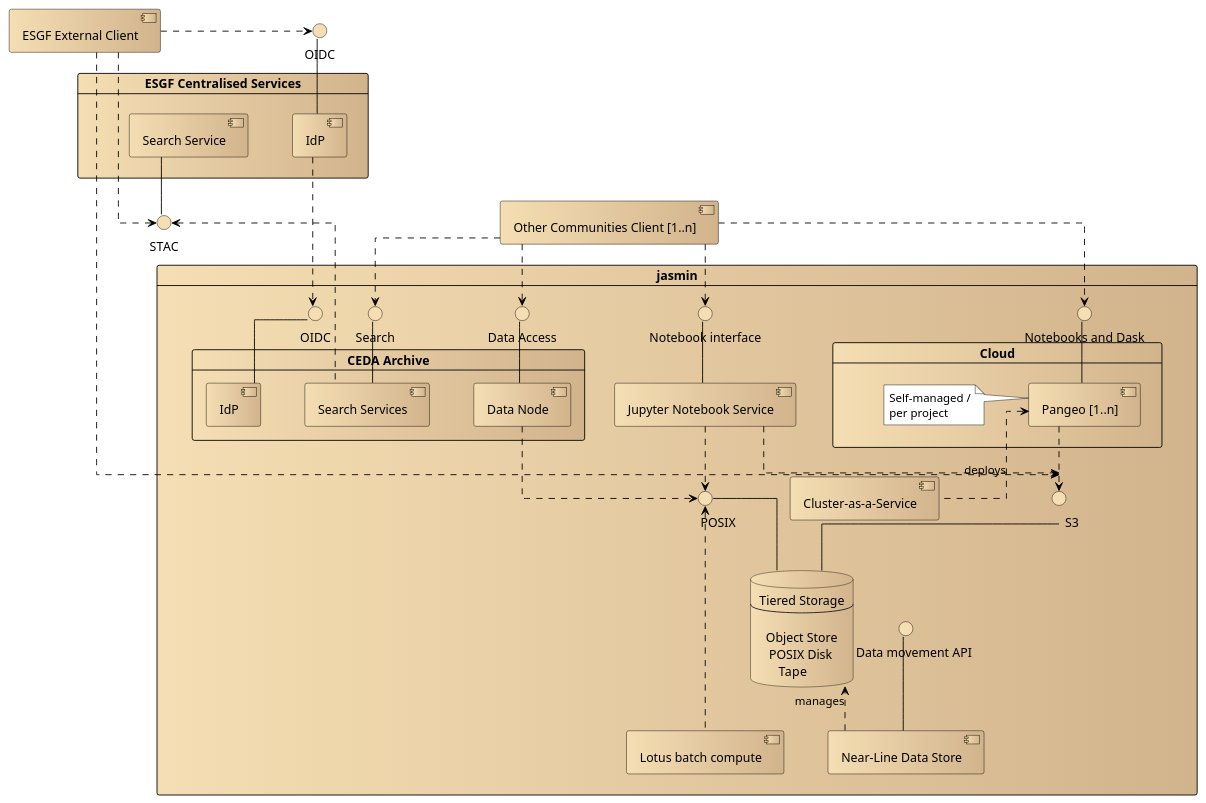
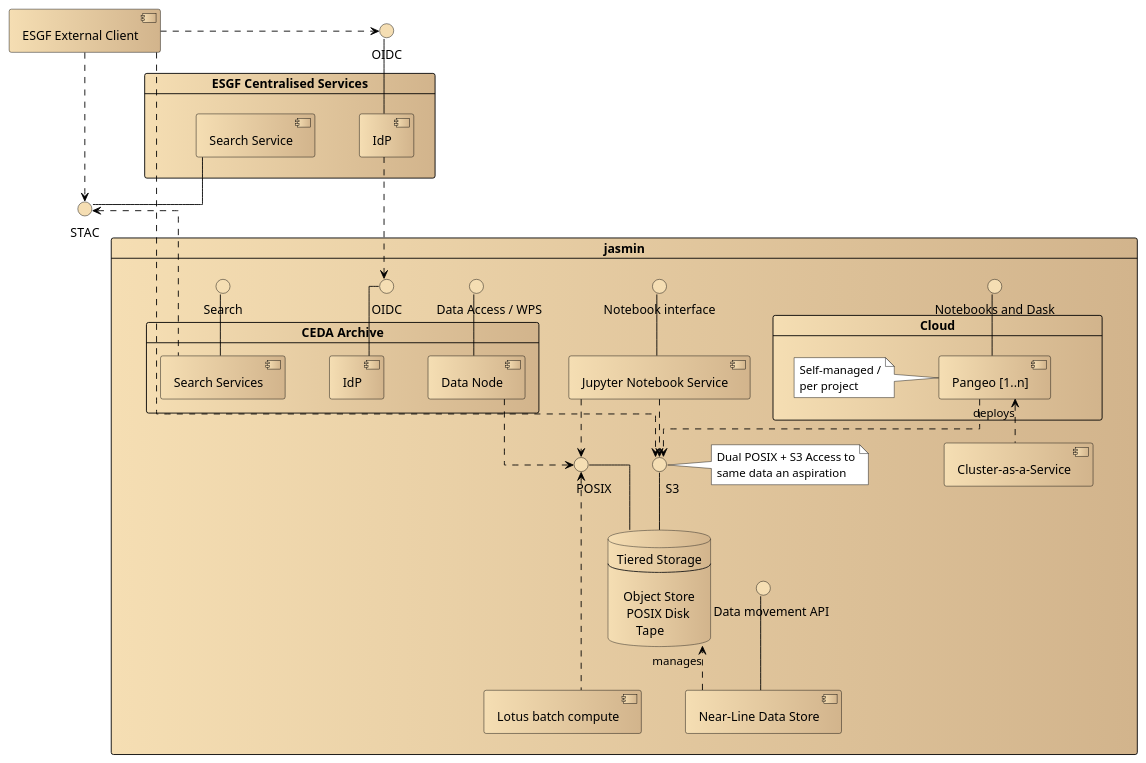
Before and after one commit to cedadev/ESGF-Architecture: the diagram in plantuml/ri_perspectives_ceda.pu, drawn with PlantUML.

Commit message:
Minor tweaks

```diff
--- a/plantuml/ri_perspectives_ceda.pu
+++ b/plantuml/ri_perspectives_ceda.pu
@@ -1,160 +1,163 @@
 @startuml RiPerspectiveCEDA
 
 ' Set a style similar to Enterprise Architect
 skinparam ranksep 50
 skinparam nodesep 50
 skinparam card {
   BorderColor black
   BackgroundColor wheat|Tan
 }
 skinparam component {
   BorderColor black
   BackgroundColor wheat|Tan
 }
 
 skinparam database {
     BackgroundColor wheat|Tan
 }
 skinparam interface {
     BorderColor black
     BackgroundColor wheat
 }
 skinparam note {
     BorderColor black
     BackgroundColor white
 }
 skinparam ArrowColor black
 ' This setting alone completely compacts and tidies the diagram!!
 skinparam linetype ortho
 
 component "ESGF External Client" as esgfExtClnt
-component "Other Communities Client [1..n]" as otherExtClnt
+' Show another client
+' component "Other Communities Client [1..n]" as otherExtClnt
 
 card "ESGF Centralised Services" as esgfCentralisedSrvcs {
     component "IdP" as esgfCentralIdP
     component "Search Service" as esgfCentralSearchSrvc
 }
 
 interface "OIDC" as esgfCentralIdpIface
 esgfCentralIdP -up- esgfCentralIdpIface
 
 ' Placement setting to ensure interface is displayed directly above
 esgfCentralIdpIface -[hidden]- esgfCentralIdP
 
 interface "STAC" as esgfCentralSearchSrvcIface
 esgfCentralSearchSrvc -down- esgfCentralSearchSrvcIface
 
 ' Placement setting to ensure interface is displayed directly below
 esgfCentralSearchSrvc -[hidden]- esgfCentralSearchSrvcIface
 
 
 ' Placement - ESGF services above JASMIN
 esgfExtClnt -[hidden]- esgfCentralisedSrvcs
 esgfCentralisedSrvcs -[hidden]- jasmin
 esgfCentralSearchSrvcIface -[hidden]- jasmin
 
 card "JASMIN" as jasmin {   
     database storage [
         Tiered Storage
         ----
 
           Object Store
            POSIX Disk
               Tape
     ] 
     component "Near-Line Data Store" as nlds 
     interface "     Data movement API" as nldsIface
     nldsIface -- nlds
 
     nldsIface -[hidden]- nlds
 
     component "Jupyter Notebook Service" as jupyterNbSrvc
 
     storage -[hidden]- nlds
     nlds ..> storage: "manages"
 
     card "CEDA Archive" as cedaArchive {
         component "Search Services" as mdCatalog
         component "Data Node" as dataAccessServices
         component "IdP" as cedaIdP
     }
 
     ' CEDA Archive interfaces
     interface "Search" as searchIface
-    interface "Data Access" as dataAccessIface
+    interface "\tData Access / WPS" as dataAccessIface
     interface "OIDC" as cedaIdpIface
     cedaIdpIface -- cedaIdP
 
     mdCatalog .up.> esgfCentralSearchSrvcIface
     esgfCentralIdP .down.> cedaIdpIface
 
     ' Align placement
     esgfCentralIdP -[hidden]- cedaIdpIface
 
     ' Storage interfaces
     interface "\tPOSIX" as posixIface
     interface "\tS3" as s3Iface
 
+    note right of s3Iface : Dual POSIX + S3 Access to\nsame data an aspiration
     posixIface -down- storage
     s3Iface -down- storage
 
     esgfExtClnt -[hidden]- jasmin
     esgfExtClnt .down.> s3Iface
     esgfExtClnt .right.> esgfCentralSearchSrvcIface
     esgfExtClnt .right.> esgfCentralIdpIface
     
     ' Services using POSIX storage interface
     dataAccessServices .down.> posixIface
     jupyterNbSrvc .right.> posixIface
 
 
     searchIface -down- mdCatalog
 
     ' Alignment
     searchIface -[hidden]- mdCatalog
 
     dataAccessIface -down- dataAccessServices
 
     ' Alignment
     dataAccessIface -[hidden]- dataAccessServices
 
     ' Jupyter
     interface "Notebook interface" as jupyterNbSrvcIface
     jupyterNbSrvcIface -down- jupyterNbSrvc
 
     ' Correctly align
     jupyterNbSrvcIface -[hidden]- jupyterNbSrvc
 
     jupyterNbSrvc .down.> s3Iface
 
     card "Cloud" as cloud {
             component "Pangeo [1..n]" as pangeo 
             note left of pangeo : Self-managed /\nper project
     }
     component "Cluster-as-a-Service" as caaS 
     cloud -[hidden]- caaS
     caaS .up.> pangeo: "\tdeploys"
 
     ' Pangeo
     interface "Notebooks and Dask" as pangeoIface
     pangeoIface -down- pangeo
 
     ' Positioning
     pangeoIface -[hidden]- pangeo
 
     pangeo .down.> s3Iface
 
     component "Lotus batch compute" as lotus 
 
     ' Placement - get Lotus near to storage element
     storage -[hidden]- lotus
 
     lotus .up.> posixIface
 
-    otherExtClnt .down.> searchIface
-    otherExtClnt .down.> dataAccessIface
-    otherExtClnt .down.> jupyterNbSrvcIface
-    otherExtClnt .down.> pangeoIface
+    ' Show other client
+    ' otherExtClnt .down.> searchIface
+    ' otherExtClnt .down.> dataAccessIface
+    ' otherExtClnt .down.> jupyterNbSrvcIface
+    ' otherExtClnt .down.> pangeoIface
 
 }
 @enduml
```
